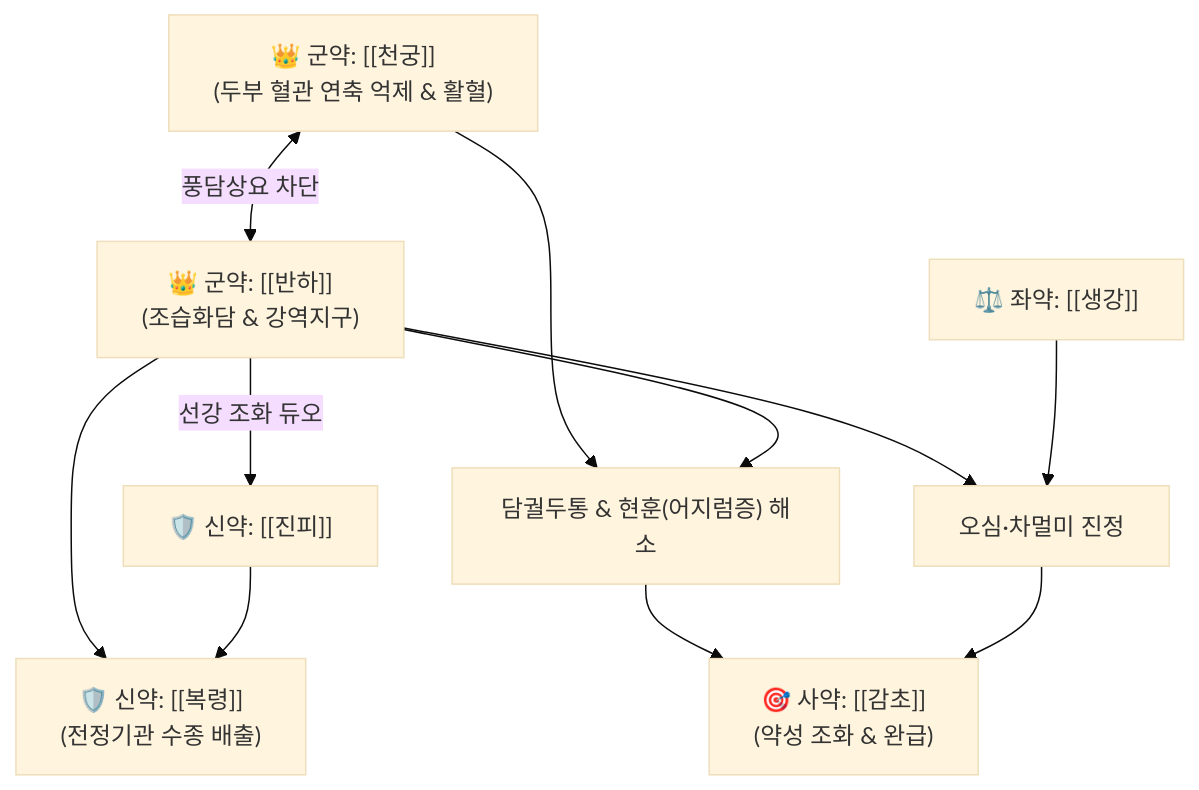
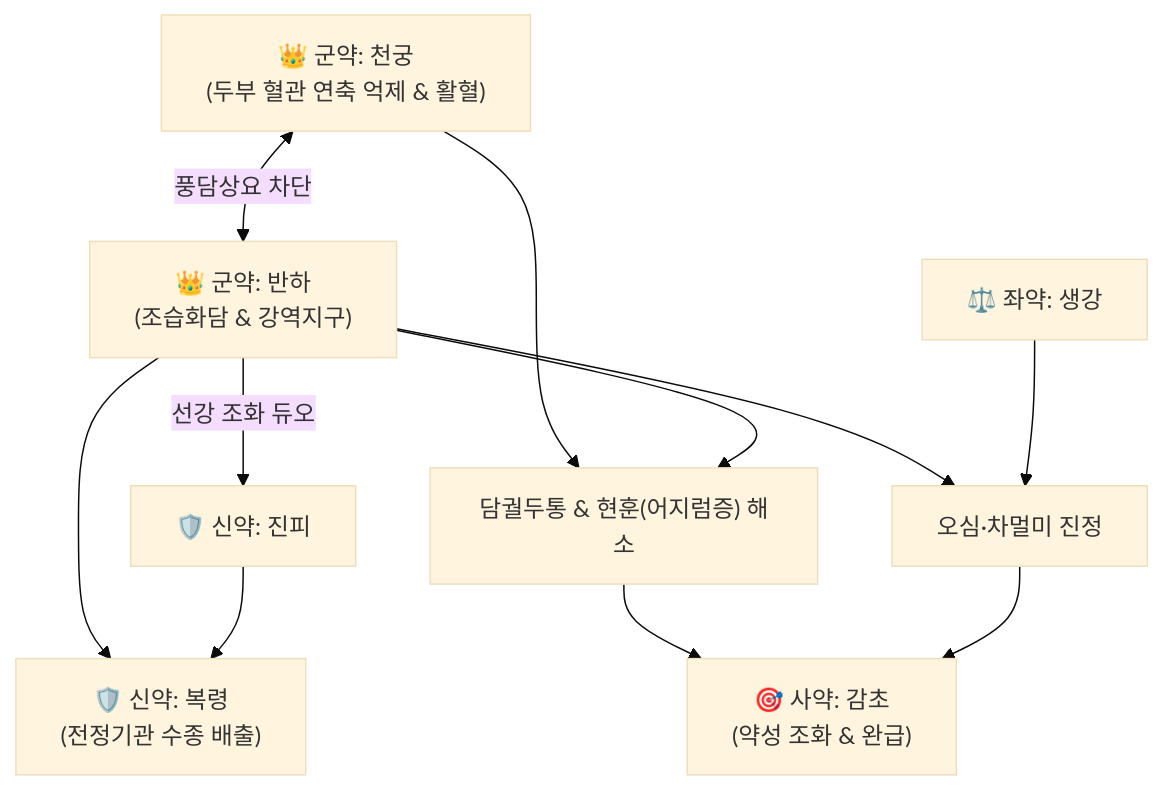
The diagram in content/2. 약리 공부/처방/03_화담·거습·이수제/궁하탕.md (simbio11/simbio-digital-garden2), drawn with Mermaid (base theme) before and after one commit. The commit also changed other lines of this file and 323 other files, not shown here.

````diff
--- a/content/2. 약리 공부/처방/03_화담·거습·이수제/궁하탕.md
+++ b/content/2. 약리 공부/처방/03_화담·거습·이수제/궁하탕.md
@@ -46,9 +47,9 @@
 ```mermaid
 graph TD
-    CG["👑 군약: [[천궁]]<br>(두부 혈관 연축 억제 & 활혈)"] <-->|풍담상요 차단| BH["👑 군약: [[반하]]<br>(조습화담 & 강역지구)"]
-    BH -->|선강 조화 듀오| JP["🛡️ 신약: [[진피]]"]
-    BH & JP --> BL["🛡️ 신약: [[복령]]<br>(전정기관 수종 배출)"]
+    CG["👑 군약: 천궁<br>(두부 혈관 연축 억제 & 활혈)"] <-->|풍담상요 차단| BH["👑 군약: 반하<br>(조습화담 & 강역지구)"]
+    BH -->|선강 조화 듀오| JP["🛡️ 신약: 진피"]
+    BH & JP --> BL["🛡️ 신약: 복령<br>(전정기관 수종 배출)"]
     CG & BH --> X["담궐두통 & 현훈(어지럼증) 해소"]
-    BH & SG["⚖️ 좌약: [[생강]]"] --> Y["오심·차멀미 진정"]
-    X & Y --> GC["🎯 사약: [[감초]]<br>(약성 조화 & 완급)"]
+    BH & SG["⚖️ 좌약: 생강"] --> Y["오심·차멀미 진정"]
+    X & Y --> GC["🎯 사약: 감초<br>(약성 조화 & 완급)"]
 ```
````
